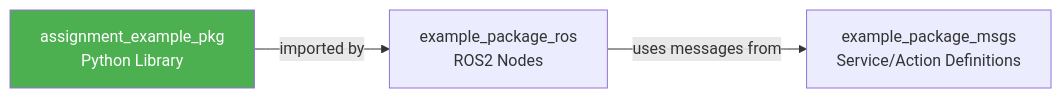
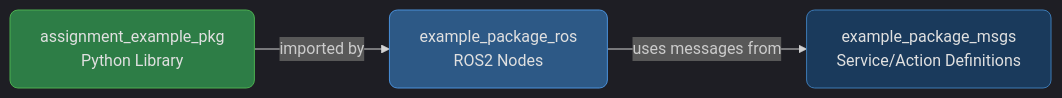
Before and after one commit to calebjakemossey/assignment_example_pkg: the diagram in README.md, drawn with Mermaid.

Commit message:
docs: unify mermaid diagram styling
Apply consistent dark theme with rounded corners, straight
arrows, and unified colour palette across all diagrams.

````diff
--- a/README.md
+++ b/README.md
@@ -9,6 +9,10 @@
 ```mermaid
+%%{init: {'theme': 'dark', 'flowchart': {'curve': 'linear'}}}%%
 graph LR
-    A[assignment_example_pkg<br/>Python Library] -->|imported by| B[example_package_ros<br/>ROS2 Nodes]
-    B -->|uses messages from| C[example_package_msgs<br/>Service/Action Definitions]
-    style A fill:#4CAF50,color:#fff
+    classDef primary fill:#2d5986,stroke:#4a90d9,stroke-width:1px,color:#e0e0e0,rx:8,ry:8
+    classDef secondary fill:#1a3a5c,stroke:#3d7ab5,stroke-width:1px,color:#e0e0e0,rx:8,ry:8
+    classDef accent fill:#2d7d46,stroke:#4caf50,stroke-width:1px,color:#e0e0e0,rx:8,ry:8
+
+    A[assignment_example_pkg<br/>Python Library]:::accent -->|imported by| B[example_package_ros<br/>ROS2 Nodes]:::primary
+    B -->|uses messages from| C[example_package_msgs<br/>Service/Action Definitions]:::secondary
 ```
````
